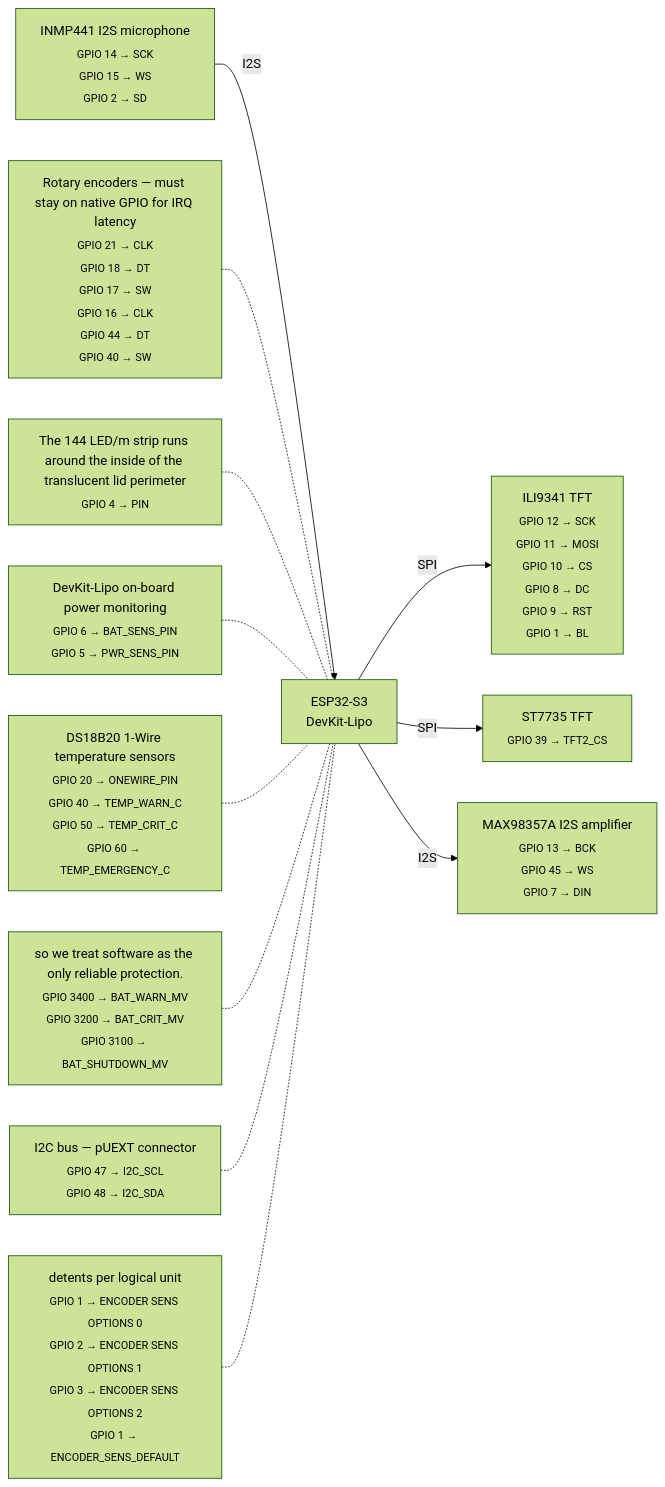
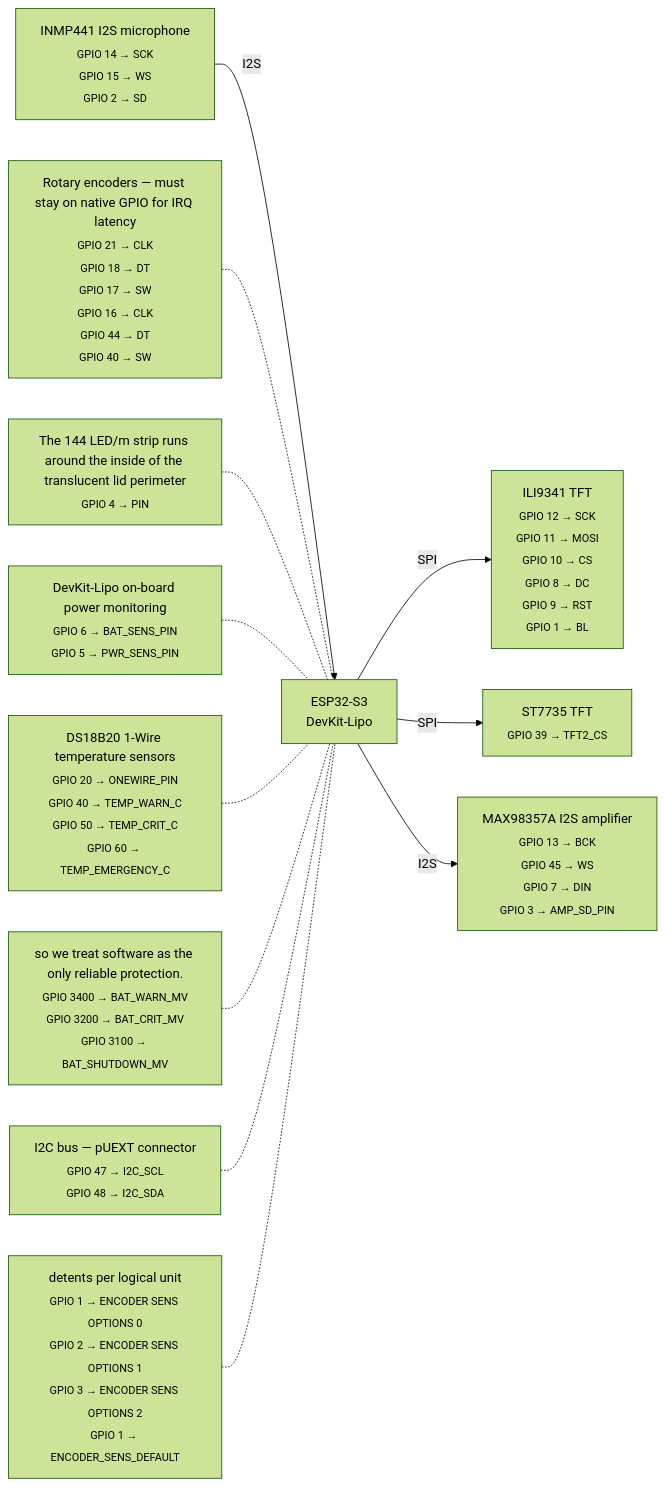
Before and after one commit to mandakan/bodn-esp32: the diagram in docs/wiring.md, drawn with Mermaid (forest theme). The commit also changed other lines of this file and 16 other files, not shown here.

````diff
--- a/docs/wiring.md
+++ b/docs/wiring.md
@@ -8,38 +8,38 @@
 ```mermaid
 graph LR
     ESP["ESP32-S3<br/>DevKit-Lipo"]
 
     ILI9341TFT["ILI9341 TFT<br/><sub>GPIO 12 → SCK<br/>GPIO 11 → MOSI<br/>GPIO 10 → CS<br/>GPIO 8 → DC<br/>GPIO 9 → RST<br/>GPIO 1 → BL</sub>"]
     ESP -- SPI --> ILI9341TFT
 
     ST7735TFT["ST7735 TFT<br/><sub>GPIO 39 → TFT2_CS</sub>"]
     ESP -- SPI --> ST7735TFT
 
     INMP441I2Smicrophone["INMP441 I2S microphone<br/><sub>GPIO 14 → SCK<br/>GPIO 15 → WS<br/>GPIO 2 → SD</sub>"]
     INMP441I2Smicrophone -- I2S --> ESP
 
-    MAX98357AI2Samplifier["MAX98357A I2S amplifier<br/><sub>GPIO 13 → BCK<br/>GPIO 45 → WS<br/>GPIO 7 → DIN</sub>"]
+    MAX98357AI2Samplifier["MAX98357A I2S amplifier<br/><sub>GPIO 13 → BCK<br/>GPIO 45 → WS<br/>GPIO 7 → DIN<br/>GPIO 3 → AMP_SD_PIN</sub>"]
     ESP -- I2S --> MAX98357AI2Samplifier
 
     RotaryencodersmuststayonnativeGPIOforIRQlatency["Rotary encoders — must stay on native GPIO for IRQ latency<br/><sub>GPIO 21 → CLK<br/>GPIO 18 → DT<br/>GPIO 17 → SW<br/>GPIO 16 → CLK<br/>GPIO 44 → DT<br/>GPIO 40 → SW</sub>"]
     RotaryencodersmuststayonnativeGPIOforIRQlatency -.- ESP
 
     The144LEDmstriprunsaroundtheinsideofthetranslucentlidperimeter["The 144 LED/m strip runs around the inside of the translucent lid perimeter<br/><sub>GPIO 4 → PIN</sub>"]
     The144LEDmstriprunsaroundtheinsideofthetranslucentlidperimeter -.- ESP
 
     DevKitLipoonboardpowermonitoring["DevKit-Lipo on-board power monitoring<br/><sub>GPIO 6 → BAT_SENS_PIN<br/>GPIO 5 → PWR_SENS_PIN</sub>"]
     DevKitLipoonboardpowermonitoring -.- ESP
 
     DS18B201Wiretemperaturesensors["DS18B20 1-Wire temperature sensors<br/><sub>GPIO 20 → ONEWIRE_PIN<br/>GPIO 40 → TEMP_WARN_C<br/>GPIO 50 → TEMP_CRIT_C<br/>GPIO 60 → TEMP_EMERGENCY_C</sub>"]
     DS18B201Wiretemperaturesensors -.- ESP
 
     sowetreatsoftwareastheonlyreliableprotection["so we treat software as the only reliable protection.<br/><sub>GPIO 3400 → BAT_WARN_MV<br/>GPIO 3200 → BAT_CRIT_MV<br/>GPIO 3100 → BAT_SHUTDOWN_MV</sub>"]
     sowetreatsoftwareastheonlyreliableprotection -.- ESP
 
     I2CbuspUEXTconnector["I2C bus — pUEXT connector<br/><sub>GPIO 47 → I2C_SCL<br/>GPIO 48 → I2C_SDA</sub>"]
     I2CbuspUEXTconnector -.- ESP
 
     detentsperlogicalunit["detents per logical unit<br/><sub>GPIO 1 → ENCODER SENS OPTIONS 0<br/>GPIO 2 → ENCODER SENS OPTIONS 1<br/>GPIO 3 → ENCODER SENS OPTIONS 2<br/>GPIO 1 → ENCODER_SENS_DEFAULT</sub>"]
     detentsperlogicalunit -.- ESP
 
 ```
````
